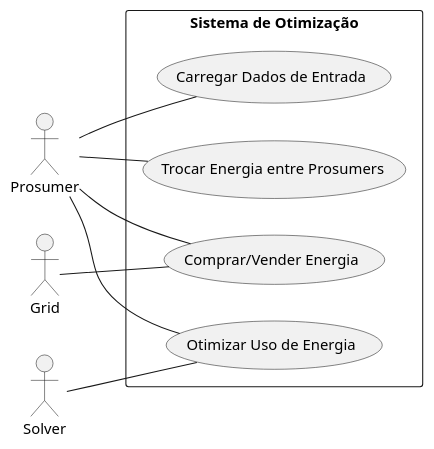
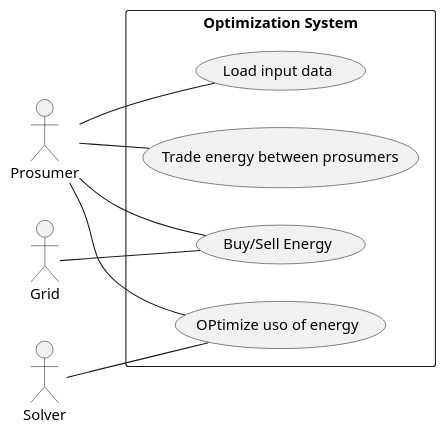
One commit to Phenriquerafael/EnergyComunitiesPlatform changed the diagram in Documentation/UseCaseDiagram/UseCaseDiagram.puml. Above: the diagram before and after it, drawn with PlantUML. The commit also changed 36 other files, not shown here.

```diff
--- a/Documentation/UseCaseDiagram/UseCaseDiagram.puml
+++ b/Documentation/UseCaseDiagram/UseCaseDiagram.puml
@@ -1,23 +1,23 @@
-@startuml
+@startuml 
 
 ' Diagrama de Caso de Uso
 left to right direction
 actor Prosumer
 actor Grid
 actor Solver
 
-rectangle "Sistema de Otimização" {
-    usecase "Carregar Dados de Entrada" as UC1
-    usecase "Otimizar Uso de Energia" as UC2
-    usecase "Comprar/Vender Energia" as UC3
-    usecase "Trocar Energia entre Prosumers" as UC4
+rectangle "Optimization System" {
+    usecase "Load input data" as UC1
+    usecase "OPtimize uso of energy" as UC2
+    usecase "Buy/Sell Energy" as UC3
+    usecase "Trade energy between prosumers" as UC4
 }
 
 Prosumer -- UC1
 Prosumer -- UC2
 Prosumer -- UC3
 Prosumer -- UC4
 Grid -- UC3
 Solver -- UC2
 
 @enduml
```
